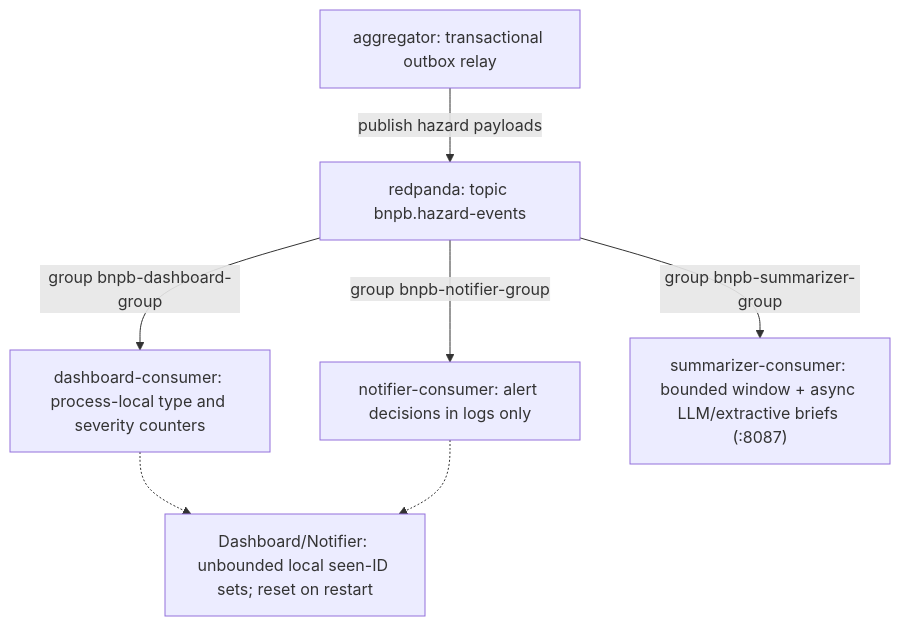
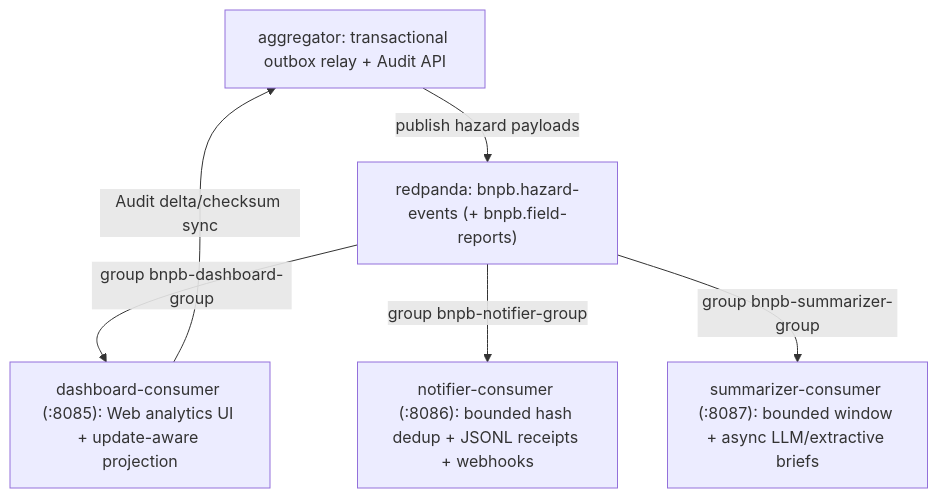
Before and after one commit to Darsua/AAT: the diagram in docs/diagrams/consumers-fanout.mmd, drawn with Mermaid. The commit also changed 28 other files, not shown here.

Commit message:
docs: reconcile evidence summaries, ADRs, architecture diagrams, and runbooks (#22, #23, #24, #25, #31, #35, #36)

```diff
--- a/docs/diagrams/consumers-fanout.mmd
+++ b/docs/diagrams/consumers-fanout.mmd
@@ -1,14 +1,12 @@
 flowchart TD
-    AGG["aggregator: transactional outbox relay"]
-    RP["redpanda: topic bnpb.hazard-events"]
-    DASH["dashboard-consumer: process-local type and severity counters"]
-    NOTI["notifier-consumer: alert decisions in logs only"]
-    SUM["summarizer-consumer: bounded window + async LLM/extractive briefs (:8087)"]
-    LIMIT["Dashboard/Notifier: unbounded local seen-ID sets; reset on restart"]
+    AGG["aggregator: transactional outbox relay + Audit API"]
+    RP["redpanda: bnpb.hazard-events (+ bnpb.field-reports)"]
+    DASH["dashboard-consumer (:8085): Web analytics UI + update-aware projection"]
+    NOTI["notifier-consumer (:8086): bounded hash dedup + JSONL receipts + webhooks"]
+    SUM["summarizer-consumer (:8087): bounded window + async LLM/extractive briefs"]
 
     AGG -->|"publish hazard payloads"| RP
     RP -->|"group bnpb-dashboard-group"| DASH
     RP -->|"group bnpb-notifier-group"| NOTI
     RP -->|"group bnpb-summarizer-group"| SUM
-    DASH -.-> LIMIT
-    NOTI -.-> LIMIT
+    DASH -->|"Audit delta/checksum sync"| AGG
```
